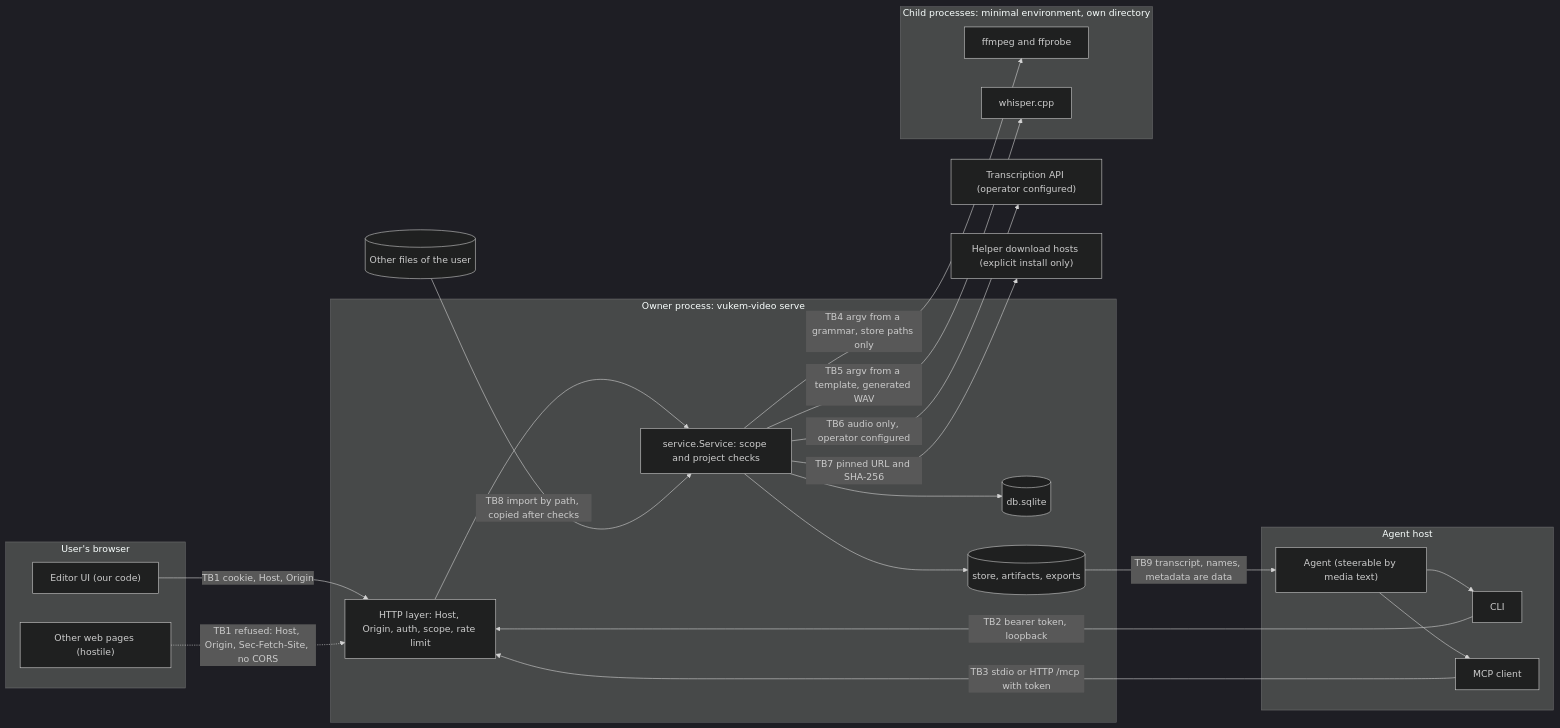
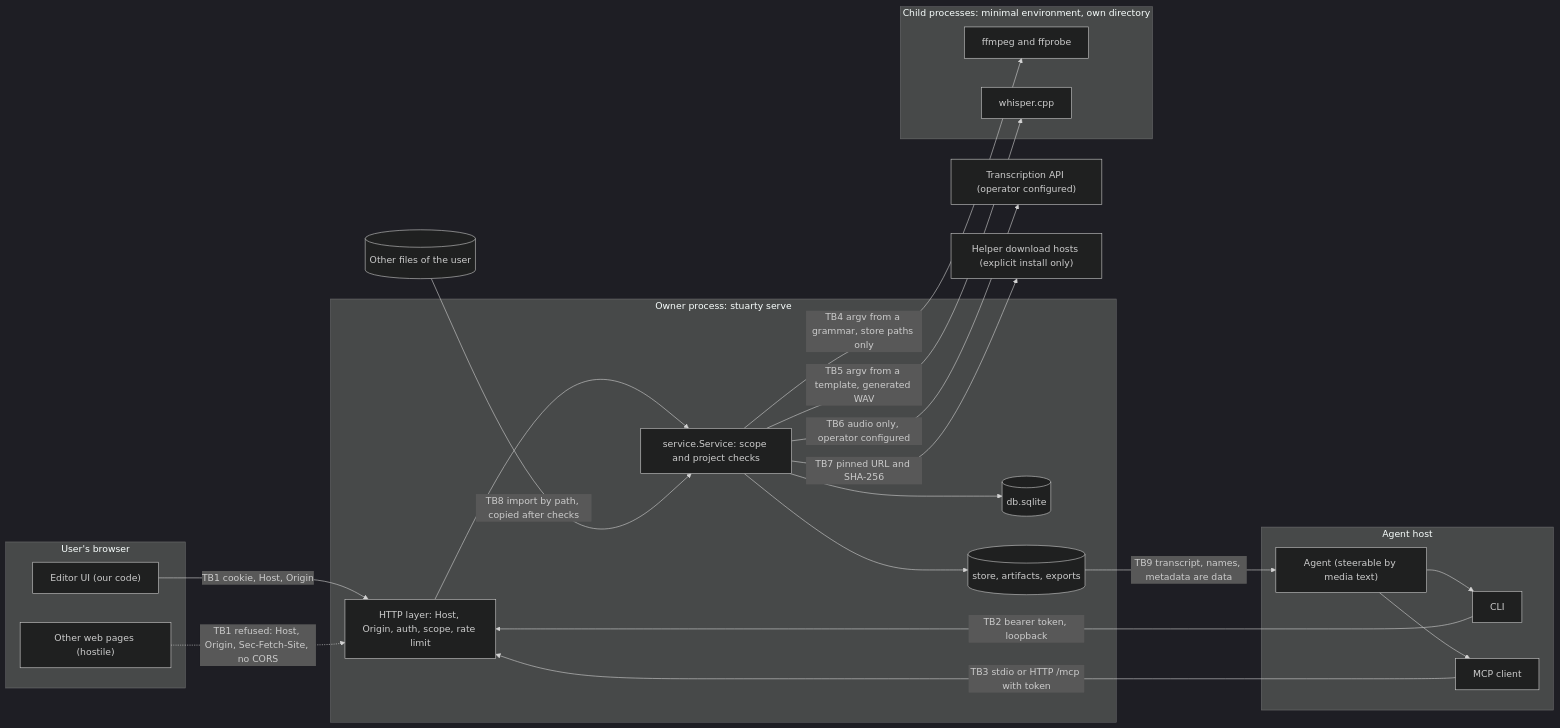
One commit to AlexGalhardo/stuarty changed the diagram in docs/sdds/007-security-model.md. Above: the diagram before and after it, drawn with Mermaid (dark theme). The commit also changed other lines of this file and 904 other files, not shown here.

````diff
--- a/docs/sdds/007-security-model.md
+++ b/docs/sdds/007-security-model.md
@@ -65,41 +65,41 @@
 ```mermaid
 flowchart LR
     subgraph BR["User's browser"]
         UI["Editor UI (our code)"]
         WEB["Other web pages (hostile)"]
     end
     subgraph AH["Agent host"]
         AG["Agent (steerable by media text)"]
         CLI["CLI"]
         MCPC["MCP client"]
     end
-    subgraph OP["Owner process: vukem-video serve"]
+    subgraph OP["Owner process: stuarty serve"]
         HTTP["HTTP layer: Host, Origin, auth, scope, rate limit"]
         SVC["service.Service: scope and project checks"]
         DB[("db.sqlite")]
         STORE[("store, artifacts, exports")]
     end
     subgraph CH["Child processes: minimal environment, own directory"]
         FF["ffmpeg and ffprobe"]
         WH["whisper.cpp"]
     end
     FS[("Other files of the user")]
     EXT["Transcription API (operator configured)"]
     DL["Helper download hosts (explicit install only)"]
 
     UI -->|"TB1 cookie, Host, Origin"| HTTP
     WEB -.->|"TB1 refused: Host, Origin, Sec-Fetch-Site, no CORS"| HTTP
     CLI -->|"TB2 bearer token, loopback"| HTTP
     MCPC -->|"TB3 stdio or HTTP /mcp with token"| HTTP
     AG --> CLI
     AG --> MCPC
     HTTP --> SVC
     SVC --> DB
     SVC --> STORE
     FS -->|"TB8 import by path, copied after checks"| SVC
     SVC -->|"TB4 argv from a grammar, store paths only"| FF
     SVC -->|"TB5 argv from a template, generated WAV"| WH
     SVC -->|"TB6 audio only, operator configured"| EXT
     SVC -->|"TB7 pinned URL and SHA-256"| DL
     STORE -->|"TB9 transcript, names, metadata are data"| AG
 ```
````
